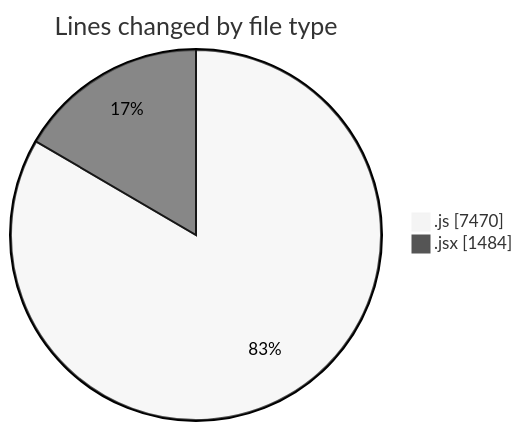
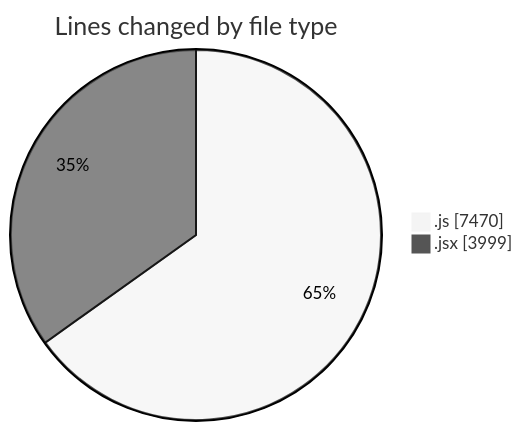
One commit to nxtqubesakshisongat/code-tracking changed the first of 2 diagrams in 2025-09-24/nxtqube_webapp/README.md. Above: the diagram before and after it, drawn with Mermaid (neutral theme). The commit also changed other lines of this file and 1 other file, not shown here.

````diff
--- a/2025-09-24/nxtqube_webapp/README.md
+++ b/2025-09-24/nxtqube_webapp/README.md
@@ -23,6 +23,6 @@
 ```mermaid
 pie showData
 title Lines changed by file type
 ".js" : 7470
-".jsx" : 1484
+".jsx" : 3999
 ```
````
